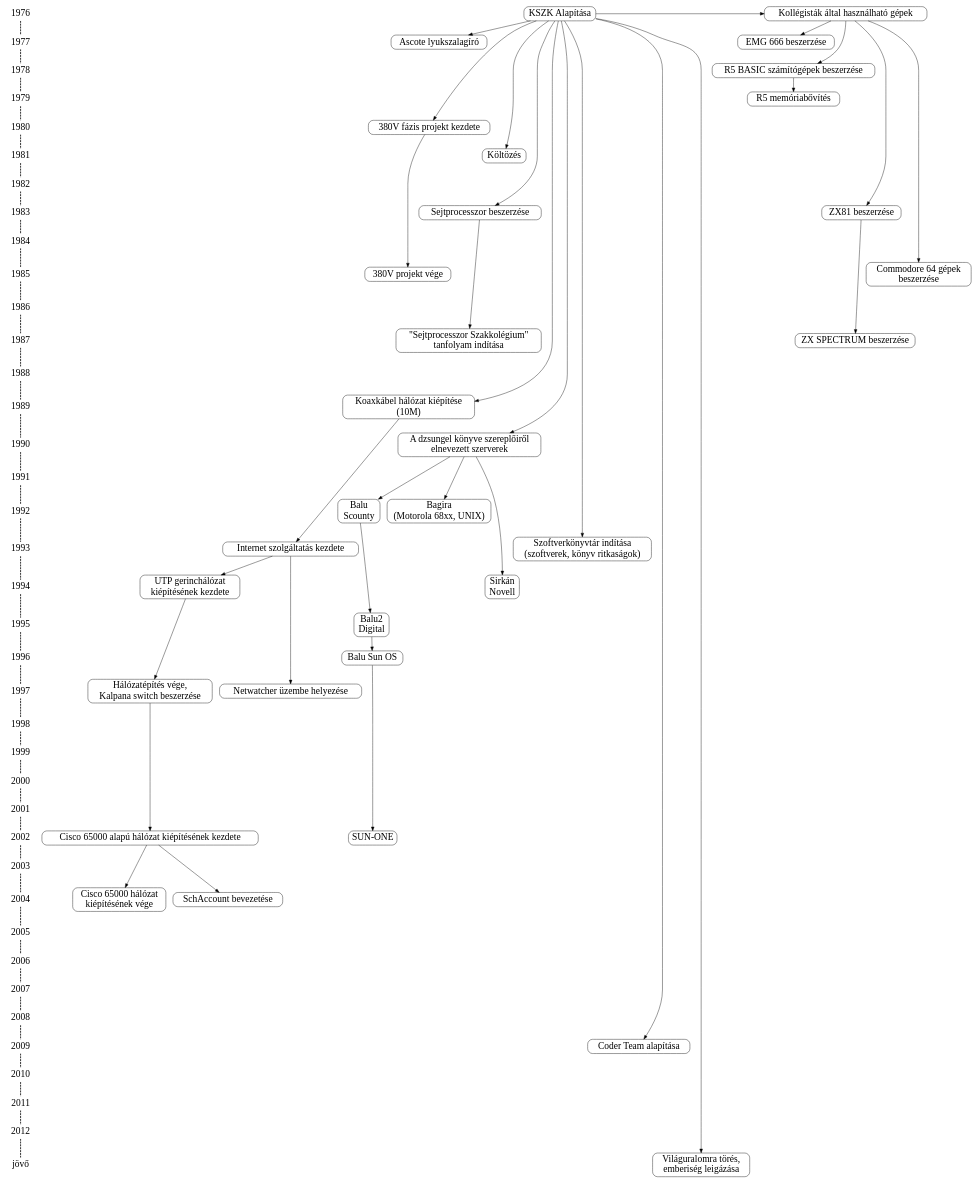
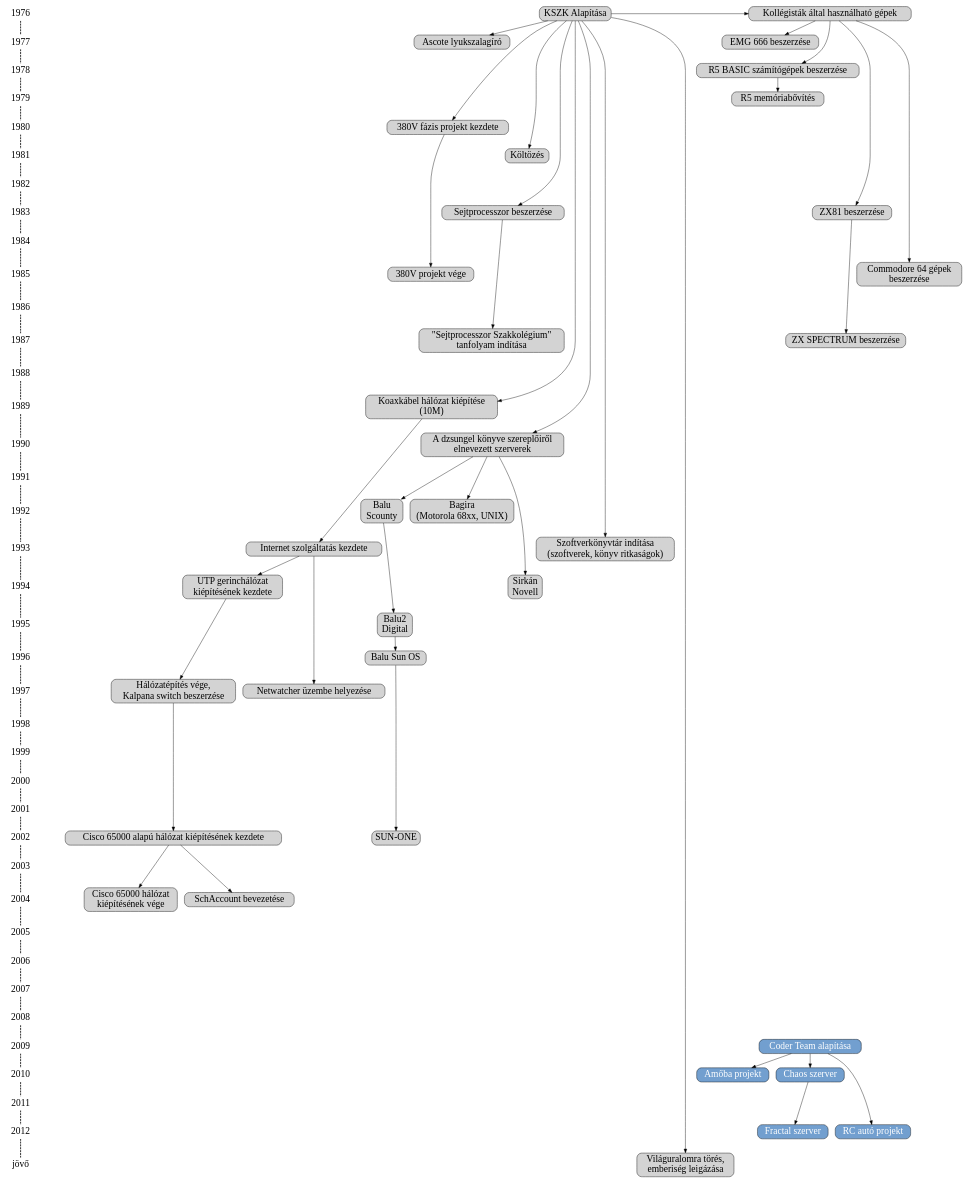
One commit to Cangooroo/KSZK changed the diagram in timeline.dot. Above: the diagram before and after it, drawn with Graphviz.

```diff
--- a/timeline.dot
+++ b/timeline.dot
@@ -1,188 +1,195 @@
 digraph timeline {
 
 	size = "26,26"
 
 	// Évek
 //asd
 	node [
 		fontsize = 24,
 		fontname = "CMU Typewriter Text",
 		shape = plaintext
 	];
 	edge [
 		//color = "#888888",
 		style = dashed,
 		penwidth = 2,
 		arrowhead = none
 	];
 	1976 -> 1977 -> 1978 -> 1979 -> 1980 -> 1981;
 	1981 -> 1982 -> 1983 -> 1984 -> 1985 -> 1986;
 	1986 -> 1987 -> 1988 -> 1989 -> 1990 -> 1991;
 	1991 -> 1992 -> 1993 -> 1994 -> 1995 -> 1996;
 	1996 -> 1997 -> 1998 -> 1999 -> 2000 -> 2001;
 	2001 -> 2002 -> 2003 -> 2004 -> 2005 -> 2006;
 	2006 -> 2007 -> 2008 -> 2009 -> 2010 -> 2011;
 	2011 -> 2012 -> jövő;
 
 	// Események
 	node [
 		fontsize = 24,
 		fontname = "CMU Typewriter Text",
 		shape = box,
-		style = rounded
+		style = "rounded,filled"
 	];
 	edge [
 		style = solid,
 		color = "#000000",
 		penwidth = 1,
 		arrowhead = normal,
 		arrowsize = 1,
 	];
 	// Események, évek szerint
 	{ rank=same; 1976
 		KSZKAlapitas [ label = "KSZK Alapítása" ]
 		HASZNALAT [ label="Kollégisták által használható gépek" ]
 	}
 	{ rank=same; 1977
 		Ascote [ label = "Ascote lyukszalagíró" ]
 		EMG [ label = "EMG 666 beszerzése" ]
 	}
 	{ rank=same; 1978
 		R5_BASIC [ label = "R5 BASIC számítógépek beszerzése" ]
 	}
 	{ rank=same; 1979
 		R5_MEM [ label = "R5 memóriabővítés" ]
 	}
 	{ rank=same; 1980
 		FAZIS1 [ label = "380V fázis projekt kezdete" ]
 	}
 	{ rank=same; 1981
 		KOLTOZES [ label = "Költözés" ]
 	}
 	{ rank=same; 1982
 		//...
 	}
 	{ rank=same; 1983
 		SEJTPROC [ label = "Sejtprocesszor beszerzése" ]
 		ZX81 [ label = "ZX81 beszerzése" ]	
 	}
 	{ rank=same; 1984
 		//...
 	}
 	{ rank=same; 1985
 		COMMODORE [ label = "Commodore 64 gépek\nbeszerzése" ]
 		FAZIS2 [ label = "380V projekt vége" ]
 	}
 	{ rank=same; 1986
 		//...
 	}
 	{ rank=same; 1987
 		SEJTPROC_TANF [ label = "\"Sejtprocesszor Szakkolégium\" \ntanfolyam indítása" ]
 		ZX_SPECTRUM [ label = "ZX SPECTRUM beszerzése" ]
 	}
 	{ rank=same; 1988
 		//...
 	}
 	{ rank=same; 1989
 		NET1 [ label = "Koaxkábel hálózat kiépítése \n(10M)" ]
 	}
 	{ rank=same; 1990
 		GEPEK [ label = "A dzsungel könyve szereplőiről\nelnevezett szerverek" ]
 	}
 	{ rank=same; 1991
 		//...
 	}
 	{ rank=same; 1992
 		BALU1 [ label = "Balu\nScounty" ]
 		BAGIRA [ label = "Bagira\n(Motorola 68xx, UNIX)" ]
 	}
 	{ rank=same; 1993
 		NET2 [ label = "Internet szolgáltatás kezdete" ]
 		KONYVTAR [ label = "Szoftverkönyvtár indítása\n(szoftverek, könyv ritkaságok)" ]
 	}
 	{ rank=same; 1994
 		NET3 [ label = "UTP gerinchálózat \nkiépítésének kezdete" ]
 		SIRKAN [ label = "Sirkán\nNovell" ]
 	}
 	{ rank=same; 1995
 		BALU2 [ label = "Balu2\nDigital" ]
 	}
 	{ rank=same; 1996
 		BALU3 [ label = "Balu Sun OS" ]
 	}
 	{ rank=same; 1997
 		NET4 [ label = "Hálózatépítés vége, \nKalpana switch beszerzése" ]
 		NETWATCHER [ label = "Netwatcher üzembe helyezése" ]
 	}
 	{ rank=same; 1998
 		//...
 	}
 	{ rank=same; 1999
 		//...
 	}
 	{ rank=same; 2000
 		//...
 	}
 	{ rank=same; 2001
 		//...
 	}
 	{ rank=same; 2002
 		BALU4 [ label = "SUN-ONE" ]
 		NET5 [ label = "Cisco 65000 alapú hálózat kiépítésének kezdete" ]
 	}
 	{ rank=same; 2003
 		//...
 	}
 	{ rank=same; 2004
 		NET6 [ label = "Cisco 65000 hálózat\nkiépítésének vége" ]
 		SCHACC [ label = "SchAccount bevezetése" ]
 	}
 	{ rank=same; 2005
 		//...
 	}
 	{ rank=same; 2006
 		//...
 	}
 	{ rank=same; 2007
 		//...
 	}
 	{ rank=same; 2008
 		//...
 	}
 	{ rank=same; 2009
-		CoderTeam [ label = "Coder Team alapítása" ]
+		CoderTeam [ label = "Coder Team alapítása", fillcolor="#729fcf", fontcolor="#ffffff" ]
 	}
 	{ rank=same; 2010
-		//...
+		CoderAmoba [ label = "Amőba projekt", fillcolor="#729fcf", fontcolor="#ffffff" ]
+		CoderChaos [ label = "Chaos szerver", fillcolor="#729fcf", fontcolor="#ffffff" ]
 	}
 	{ rank=same; 2011
 		//...
 	}
 	{ rank=same; 2012
-		//...
+		CoderFractal [ label = "Fractal szerver", fillcolor="#729fcf", fontcolor="#ffffff" ]
+		CoderBBRC [ label = "RC autó projekt", fillcolor="#729fcf", fontcolor="#ffffff" ]
 	}
 	{ rank=same; jövő
 		VILAGURALOM [ label = "Világuralomra törés,\nemberiség leigázása" ]	
 	}
 	
-	// Csoport összekötések
-	KSZKAlapitas -> CoderTeam;
+	// KSZK események
 	KSZKAlapitas -> HASZNALAT;
 	KSZKAlapitas -> SEJTPROC -> SEJTPROC_TANF;
 	KSZKAlapitas -> NET1 -> NET2 -> NET3 ->NET4 ->NET5 ->NET6;
 	KSZKAlapitas -> GEPEK;
 	KSZKAlapitas -> Ascote;
 	KSZKAlapitas -> KOLTOZES;
 	KSZKAlapitas -> VILAGURALOM;
 	KSZKAlapitas -> KONYVTAR;
 	KSZKAlapitas -> FAZIS1 -> FAZIS2;
 	HASZNALAT -> ZX81 -> ZX_SPECTRUM;
 	HASZNALAT -> EMG;
 	HASZNALAT -> R5_BASIC -> R5_MEM;
 	HASZNALAT -> COMMODORE;
 	GEPEK -> BAGIRA;	
 	GEPEK -> SIRKAN;
 	GEPEK -> BALU1 -> BALU2 -> BALU3 -> BALU4;
 	NET2 -> NETWATCHER;
 	NET5 -> SCHACC;
+	
+	// Coder Team események
+	CoderTeam -> CoderAmoba
+	CoderTeam -> CoderBBRC
+	CoderTeam -> CoderChaos -> CoderFractal
+	
 }
```
